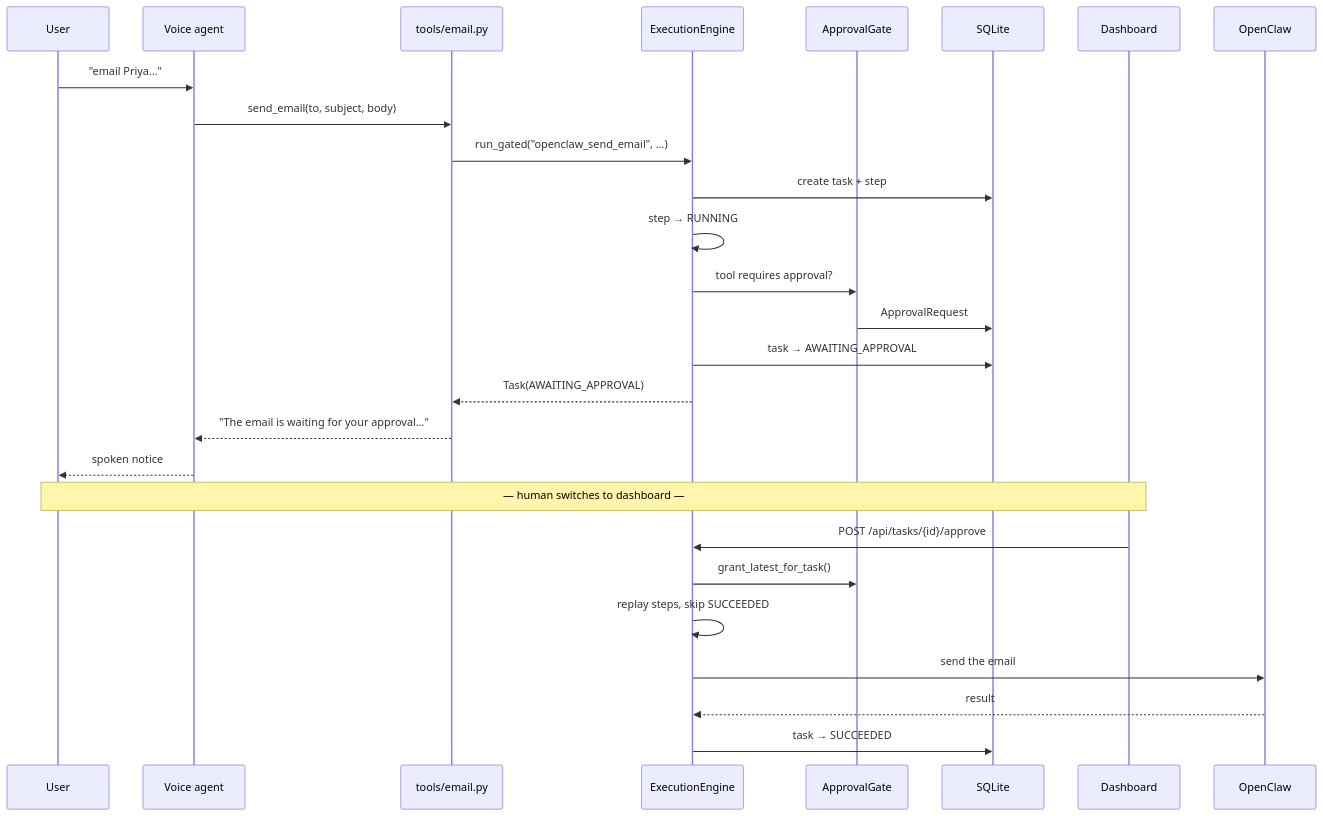
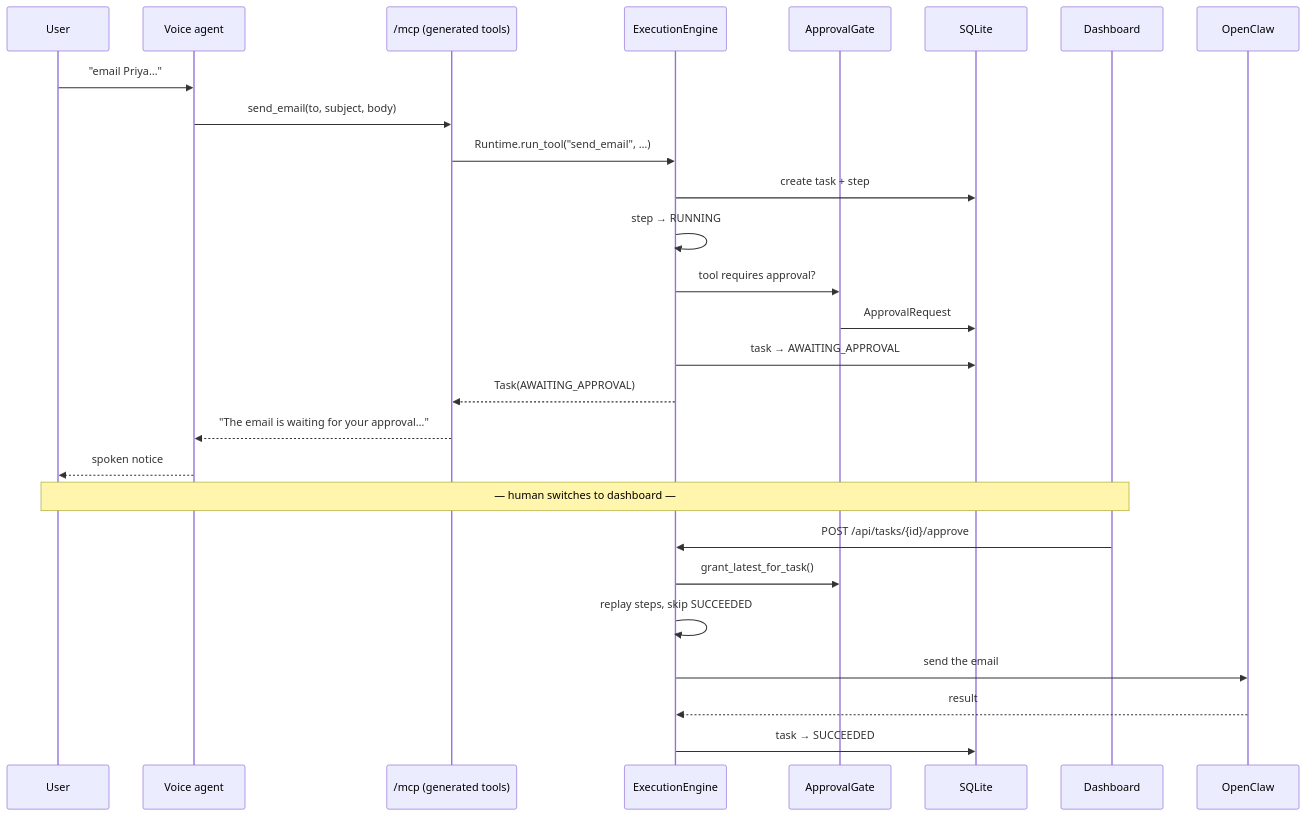
One commit to KenilGopani/Orion changed the third of 5 diagrams in ARCHITECTURE.md. Above: the diagram before and after it, drawn with Mermaid. The commit also changed other lines of this file and 2 other files, not shown here.

First line of the commit message:
docs: document one-declaration tools and the generated MCP surface

````diff
--- a/ARCHITECTURE.md
+++ b/ARCHITECTURE.md
@@ -243,30 +250,30 @@
 ```mermaid
 sequenceDiagram
     participant U as User
     participant LK as Voice agent
-    participant T as tools/email.py
+    participant T as /mcp (generated tools)
     participant E as ExecutionEngine
     participant G as ApprovalGate
     participant DB as SQLite
     participant API as Dashboard
     participant OC as OpenClaw
 
     U->>LK: "email Priya…"
     LK->>T: send_email(to, subject, body)
-    T->>E: run_gated("openclaw_send_email", …)
+    T->>E: Runtime.run_tool("send_email", …)
     E->>DB: create task + step
     E->>E: step → RUNNING
     E->>G: tool requires approval?
     G->>DB: ApprovalRequest
     E->>DB: task → AWAITING_APPROVAL
     E-->>T: Task(AWAITING_APPROVAL)
     T-->>LK: "The email is waiting for your approval…"
     LK-->>U: spoken notice
     Note over U,API: — human switches to dashboard —
     API->>E: POST /api/tasks/{id}/approve
     E->>G: grant_latest_for_task()
     E->>E: replay steps, skip SUCCEEDED
     E->>OC: send the email
     OC-->>E: result
     E->>DB: task → SUCCEEDED
 ```
````
